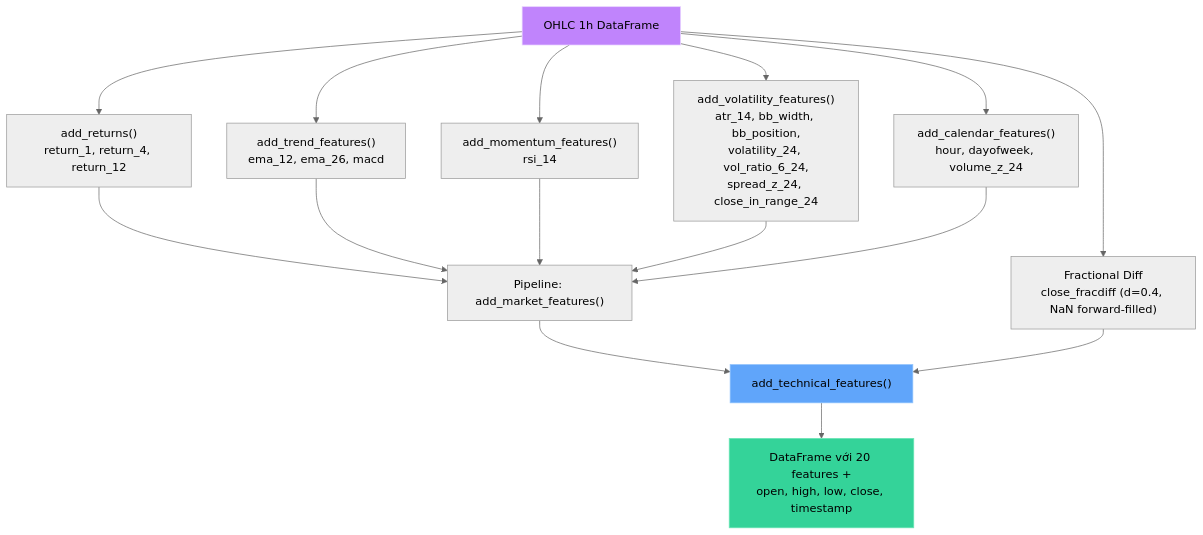
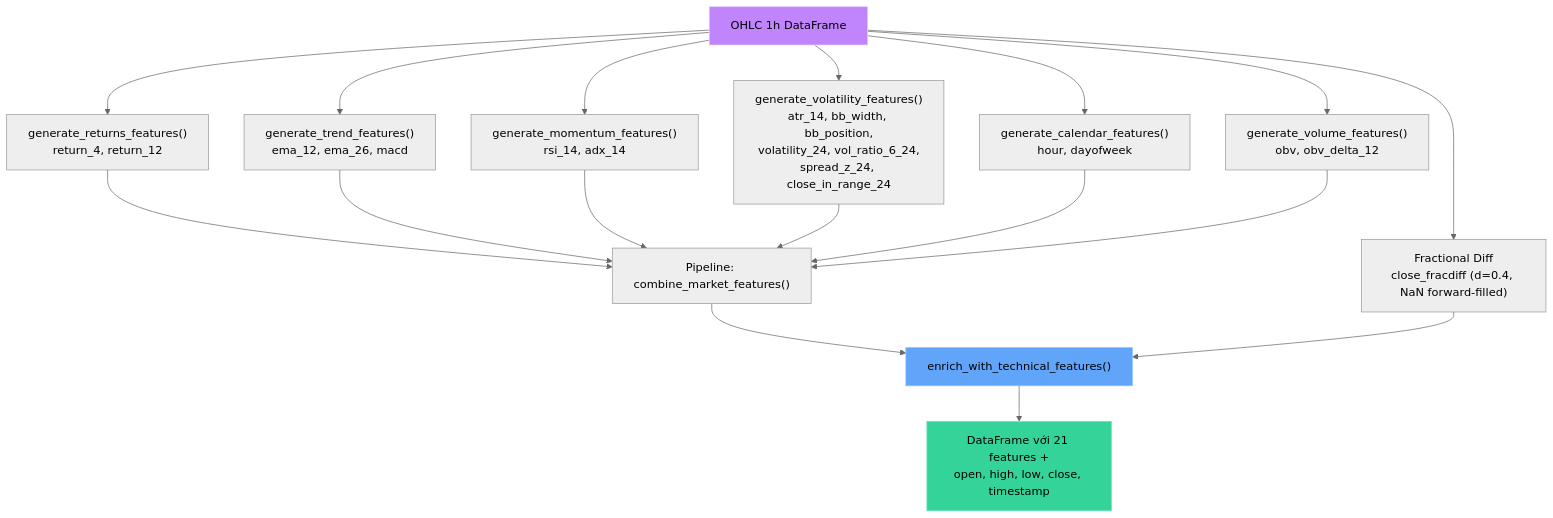
The first of 4 diagrams in docs/feature-engineering.md (ultimateBroK/thesis-compact), drawn with Mermaid (neutral theme) before and after one commit. The commit also changed other lines of this file and 7 other files, not shown here.

````diff
--- a/docs/feature-engineering.md
+++ b/docs/feature-engineering.md
@@ -9,22 +9,24 @@
 ```mermaid
 flowchart TD
-    A["OHLC 1h DataFrame"] --> B["add_returns()<br/>return_1, return_4, return_12"]
-    A --> C["add_trend_features()<br/>ema_12, ema_26, macd"]
-    A --> D["add_momentum_features()<br/>rsi_14"]
-    A --> E["add_volatility_features()<br/>atr_14, bb_width, bb_position,<br/>volatility_24, vol_ratio_6_24,<br/>spread_z_24, close_in_range_24"]
-    A --> F["add_calendar_features()<br/>hour, dayofweek, volume_z_24"]
+    A["OHLC 1h DataFrame"] --> B["generate_returns_features()<br/>return_4, return_12"]
+    A --> C["generate_trend_features()<br/>ema_12, ema_26, macd"]
+    A --> D["generate_momentum_features()<br/>rsi_14, adx_14"]
+    A --> E["generate_volatility_features()<br/>atr_14, bb_width, bb_position,<br/>volatility_24, vol_ratio_6_24,<br/>spread_z_24, close_in_range_24"]
+    A --> F["generate_calendar_features()<br/>hour, dayofweek"]
+    A --> G["generate_volume_features()<br/>obv, obv_delta_12"]
     A --> H["Fractional Diff<br/>close_fracdiff (d=0.4, NaN forward-filled)"]
 
-    B --> I["Pipeline: add_market_features()"]
+    B --> I["Pipeline: combine_market_features()"]
     C --> I
     D --> I
     E --> I
     F --> I
-    I --> J["add_technical_features()"]
+    G --> I
+    I --> J["enrich_with_technical_features()"]
     H --> J
-    J --> K["DataFrame với 20 features +<br/>open, high, low, close, timestamp"]
+    J --> K["DataFrame với 21 features +<br/>open, high, low, close, timestamp"]
 
     style A fill:#c084fc,stroke:#e9d5ff
     style J fill:#60a5fa,stroke:#93c5fd
     style K fill:#34d399,stroke:#6ee7b7
 ```
````
